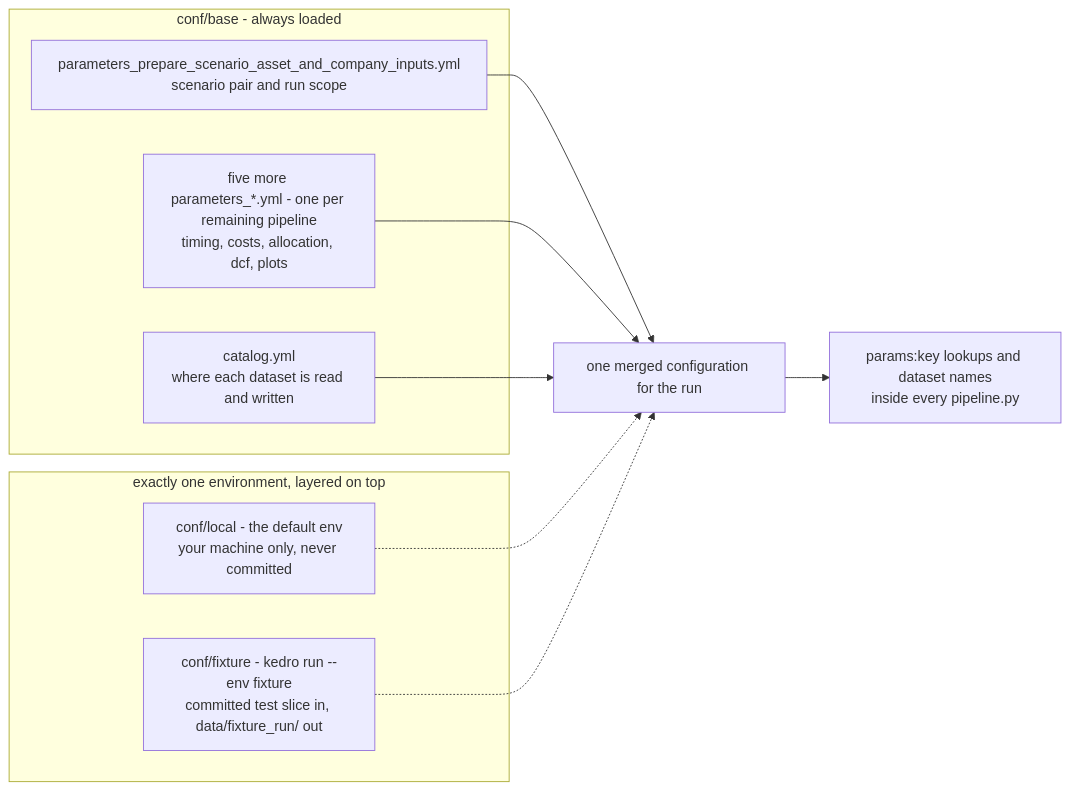
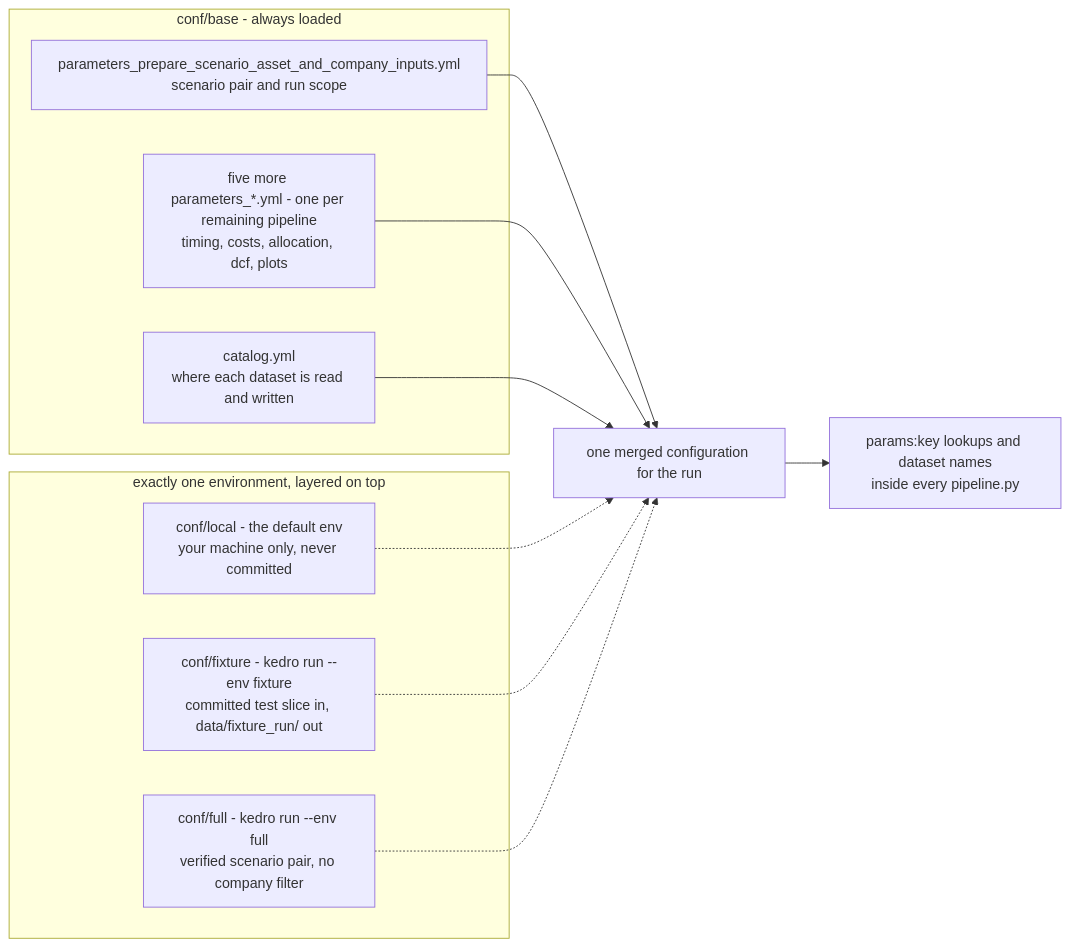
The second of 2 diagrams in docs/handover/architecture.md (Theia-Finance-Labs/altr-model), drawn with Mermaid before and after one commit. The commit also changed other lines of this file and 15 other files, not shown here.

````diff
--- a/docs/handover/architecture.md
+++ b/docs/handover/architecture.md
@@ -148,23 +148,25 @@
 ```mermaid
 flowchart LR
     subgraph BASE["conf/base - always loaded"]
         P["parameters_prepare_scenario_asset_and_company_inputs.yml<br>scenario pair and run scope"]
         ADV["five more parameters_*.yml - one per remaining pipeline<br>timing, costs, allocation, dcf, plots"]
         CAT["catalog.yml<br>where each dataset is read and written"]
     end
 
     subgraph ENV["exactly one environment, layered on top"]
         LOCAL["conf/local - the default env<br>your machine only, never committed"]
         FIX["conf/fixture - kedro run --env fixture<br>committed test slice in, data/fixture_run/ out"]
+        FULL["conf/full - kedro run --env full<br>verified scenario pair, no company filter"]
     end
 
     MERGED["one merged configuration for the run"]
     USE["params:key lookups and dataset names<br>inside every pipeline.py"]
 
     P --> MERGED
     ADV --> MERGED
     CAT --> MERGED
     LOCAL -.-> MERGED
     FIX -.-> MERGED
+    FULL -.-> MERGED
     MERGED --> USE
 ```
````
